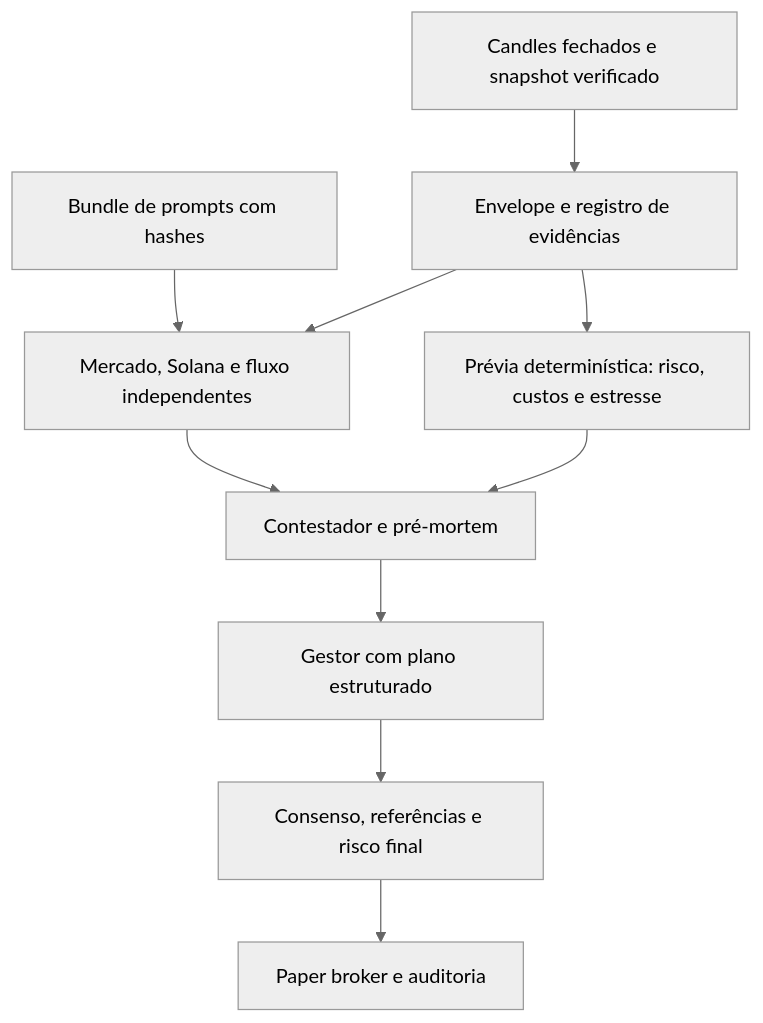
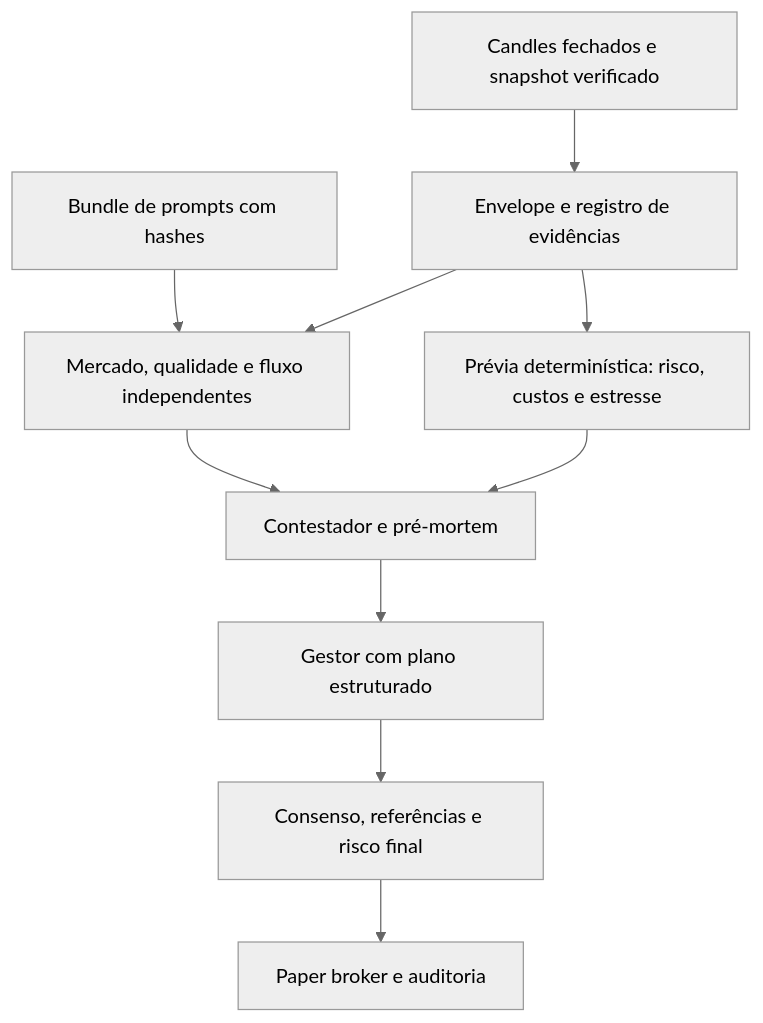
One commit to 0jre/Alladin changed the diagram in docs/architecture.md. Above: the diagram before and after it, drawn with Mermaid (neutral theme). The commit also changed other lines of this file and 31 other files, not shown here.

````diff
--- a/docs/architecture.md
+++ b/docs/architecture.md
@@ -52,12 +52,12 @@
 ```mermaid
 flowchart TD
   A["Candles fechados e snapshot verificado"] --> B["Envelope e registro de evidências"]
-  P["Bundle de prompts com hashes"] --> C["Mercado, Solana e fluxo independentes"]
+  P["Bundle de prompts com hashes"] --> C["Mercado, qualidade e fluxo independentes"]
   B --> C
   B --> E["Prévia determinística: risco, custos e estresse"]
   C --> D["Contestador e pré-mortem"]
   E --> D
   D --> M["Gestor com plano estruturado"]
   M --> R["Consenso, referências e risco final"]
   R --> O["Paper broker e auditoria"]
 ```
````
